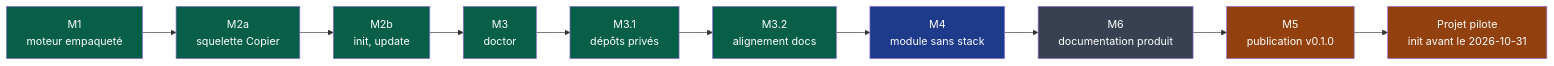
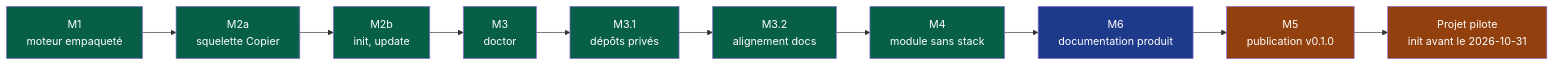
The diagram in docs/governance/plans/2026-09-15-moteur-v0.1.0.md (NapkinStack/engineering-os), drawn with Mermaid before and after one commit. The commit also changed other lines of this file, not shown here.

````diff
--- a/docs/governance/plans/2026-09-15-moteur-v0.1.0.md
+++ b/docs/governance/plans/2026-09-15-moteur-v0.1.0.md
@@ -48,17 +48,17 @@
 ```mermaid
 flowchart LR
     M1["M1<br/>moteur empaqueté"]:::fait --> M2a["M2a<br/>squelette Copier"]:::fait
     M2a --> M2b["M2b<br/>init, update"]:::fait
     M2b --> M3["M3<br/>doctor"]:::fait
     M3 --> M31["M3.1<br/>dépôts privés"]:::fait
     M31 --> M32["M3.2<br/>alignement docs"]:::fait
-    M32 --> M4["M4<br/>module sans stack"]:::encours
-    M4 --> M6["M6<br/>documentation produit"]:::afaire
+    M32 --> M4["M4<br/>module sans stack"]:::fait
+    M4 --> M6["M6<br/>documentation produit"]:::encours
     M6 --> M5["M5<br/>publication v0.1.0"]:::humain
     M5 --> PP["Projet pilote<br/>init avant le 2026-10-31"]:::humain
 
     classDef fait fill:#065f46,color:#fff
     classDef encours fill:#1e3a8a,color:#fff
     classDef afaire fill:#374151,color:#fff
     classDef humain fill:#92400e,color:#fff
 ```
````
